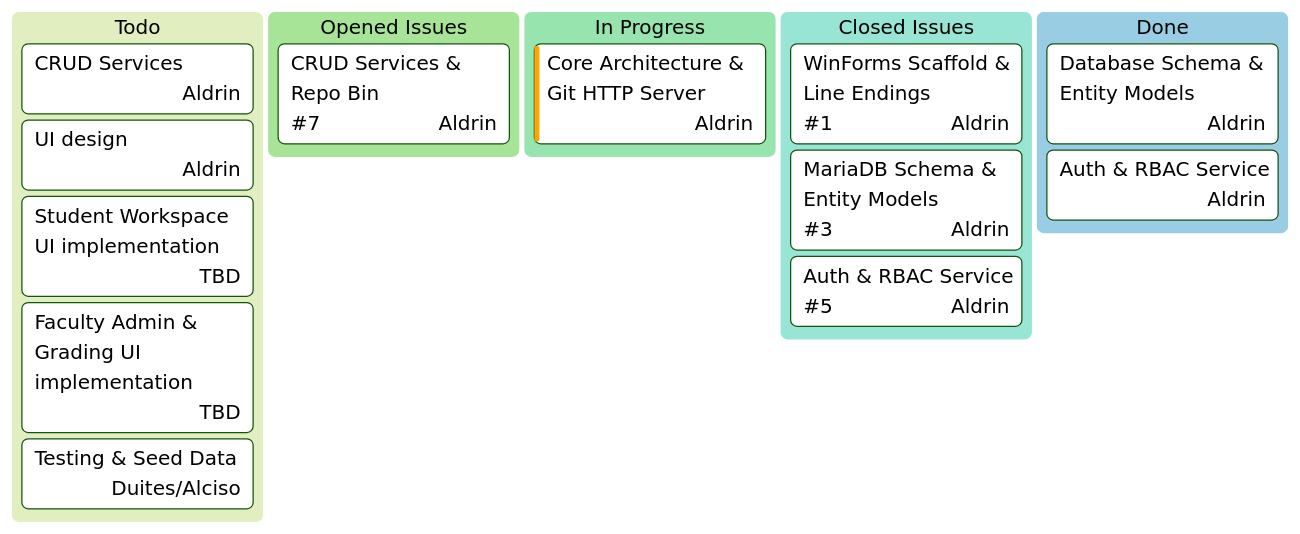
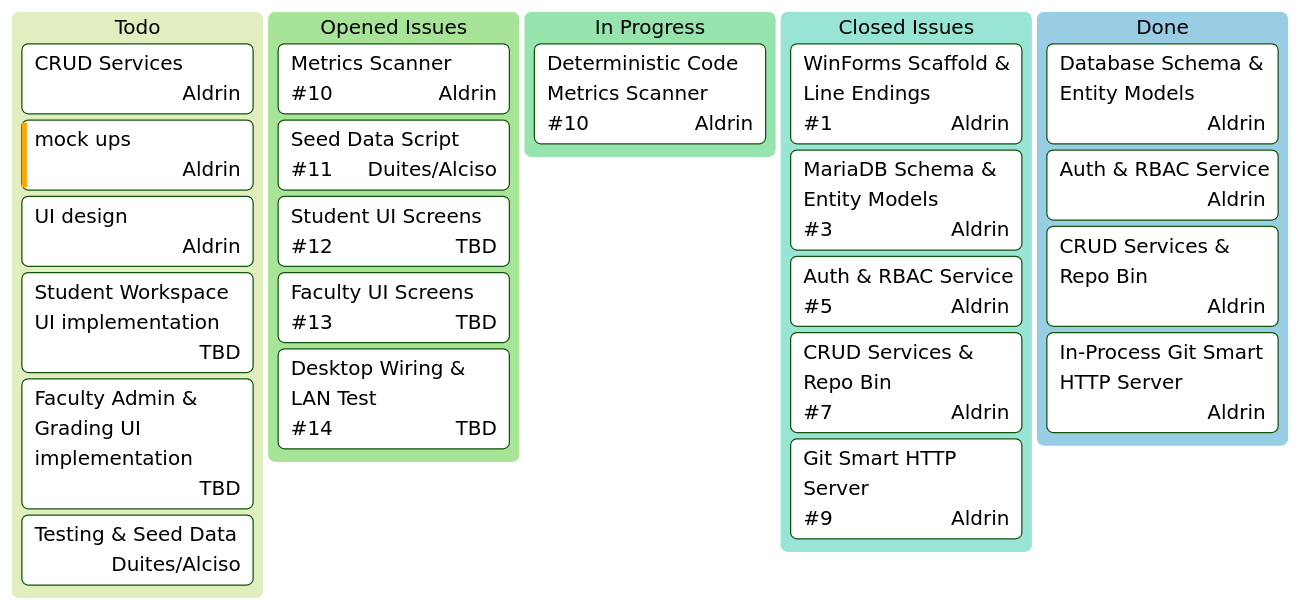
Before and after one commit to frtzhahn/repo-vault: the diagram in README.md, drawn with Mermaid (forest theme). The commit also changed 5 other files, not shown here.

Commit message:
feat(git): add smart http server & push queue + ledger

````diff
--- a/README.md
+++ b/README.md
@@ -34,21 +34,30 @@
 ```mermaid
 kanban
   [Todo]
     [CRUD Services]@{ assigned: 'Aldrin'}
+    [mock ups]@{ assigned: 'Aldrin', priority: 'High'}
     [UI design]@{ assigned: 'Aldrin'}
     [Student Workspace UI implementation]@{ assigned: 'TBD'}
     [Faculty Admin & Grading UI implementation]@{ assigned: 'TBD'}
     [Testing & Seed Data]@{ assigned: 'Duites/Alciso'}
   [Opened Issues]
-    [CRUD Services & Repo Bin]@{ assigned: 'Aldrin', ticket: '#7' }
+    [Metrics Scanner]@{ assigned: 'Aldrin', ticket: '#10' }
+    [Seed Data Script]@{ assigned: 'Duites/Alciso', ticket: '#11' }
+    [Student UI Screens]@{ assigned: 'TBD', ticket: '#12' }
+    [Faculty UI Screens]@{ assigned: 'TBD', ticket: '#13' }
+    [Desktop Wiring & LAN Test]@{ assigned: 'TBD', ticket: '#14' }
   [In Progress]
-    [Core Architecture & Git HTTP Server]@{ assigned: 'Aldrin', priority: 'High'}
+    [Deterministic Code Metrics Scanner]@{ assigned: 'Aldrin', ticket: '#10' }
   [Closed Issues]
     [WinForms Scaffold & Line Endings]@{ assigned: 'Aldrin', ticket: '#1' }
     [MariaDB Schema & Entity Models]@{ assigned: 'Aldrin', ticket: '#3' }
     [Auth & RBAC Service]@{ assigned: 'Aldrin', ticket: '#5' }
+    [CRUD Services & Repo Bin]@{ assigned: 'Aldrin', ticket: '#7' }
+    [Git Smart HTTP Server]@{ assigned: 'Aldrin', ticket: '#9' }
   [Done]
     [Database Schema & Entity Models]@{ assigned: 'Aldrin'}
     [Auth & RBAC Service]@{ assigned: 'Aldrin'}
+    [CRUD Services & Repo Bin]@{ assigned: 'Aldrin'}
+    [In-Process Git Smart HTTP Server]@{ assigned: 'Aldrin'}
 
 ```
````
